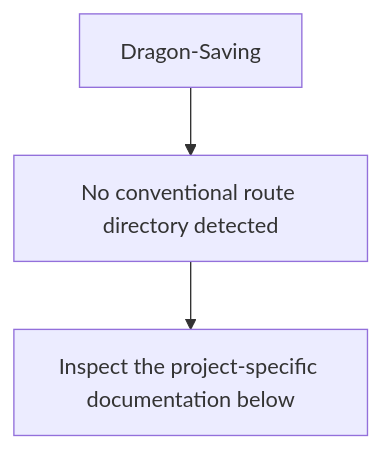
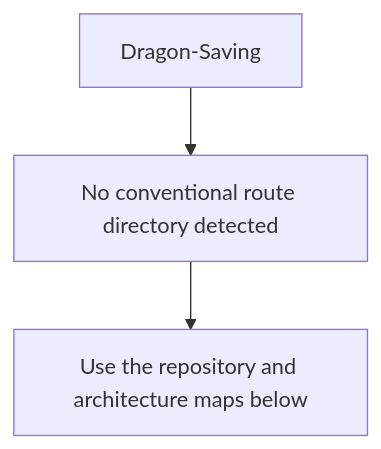
One commit to Nischhalsubba/Dragon-Saving changed the second of 5 diagrams in README.md. Above: the diagram before and after it, drawn with Mermaid. The commit also changed other lines of this file, not shown here.

````diff
--- a/README.md
+++ b/README.md
@@ -43,6 +73,6 @@
 ```mermaid
 flowchart TD
     APP["Dragon-Saving"]
     APP --> SOURCE["No conventional route directory detected"]
-    SOURCE --> VERIFY["Inspect the project-specific documentation below"]
+    SOURCE --> GUIDE["Use the repository and architecture maps below"]
 ```
````
